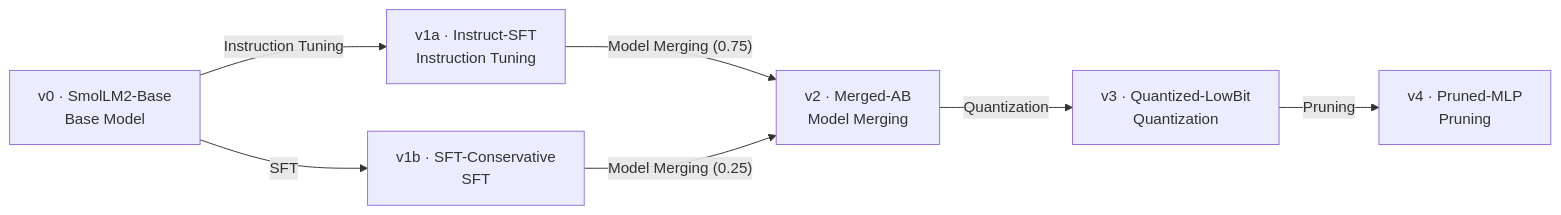
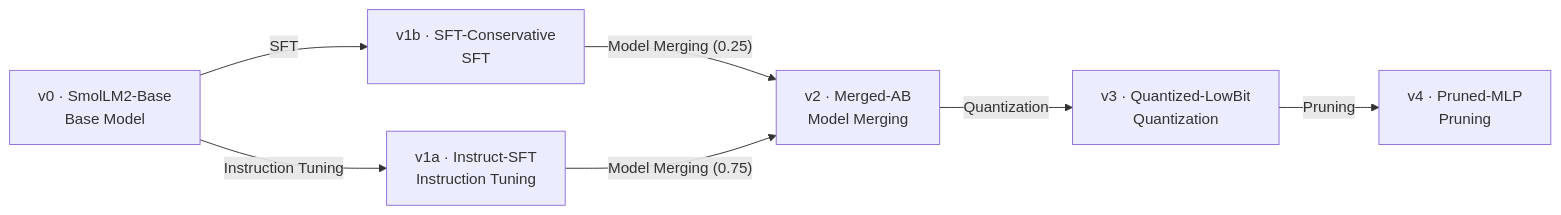
Before and after one commit to williamcachamwri/neural-diff: the diagram in evidence/evolution/exports/evorun-real-smollm2.md, drawn with Mermaid. The commit also changed other lines of this file and 81 other files, not shown here.

````diff
--- a/evidence/evolution/exports/evorun-real-smollm2.md
+++ b/evidence/evolution/exports/evorun-real-smollm2.md
@@ -7,15 +7,15 @@
 ```mermaid
 flowchart LR
   ckpt_smol_00_base["v0 · SmolLM2-Base\nBase Model"]
   ckpt_smol_01a_instruct["v1a · Instruct-SFT\nInstruction Tuning"]
   ckpt_smol_01b_branch["v1b · SFT-Conservative\nSFT"]
   ckpt_smol_02_merged["v2 · Merged-AB\nModel Merging"]
   ckpt_smol_03_quant["v3 · Quantized-LowBit\nQuantization"]
   ckpt_smol_04_pruned["v4 · Pruned-MLP\nPruning"]
   ckpt_smol_00_base -->|"Instruction Tuning"| ckpt_smol_01a_instruct
   ckpt_smol_00_base -->|"SFT"| ckpt_smol_01b_branch
+  ckpt_smol_01b_branch -->|"Model Merging (0.25)"| ckpt_smol_02_merged
   ckpt_smol_01a_instruct -->|"Model Merging (0.75)"| ckpt_smol_02_merged
-  ckpt_smol_01b_branch -->|"Model Merging (0.25)"| ckpt_smol_02_merged
   ckpt_smol_02_merged -->|"Quantization"| ckpt_smol_03_quant
   ckpt_smol_03_quant -->|"Pruning"| ckpt_smol_04_pruned
 ```
````
